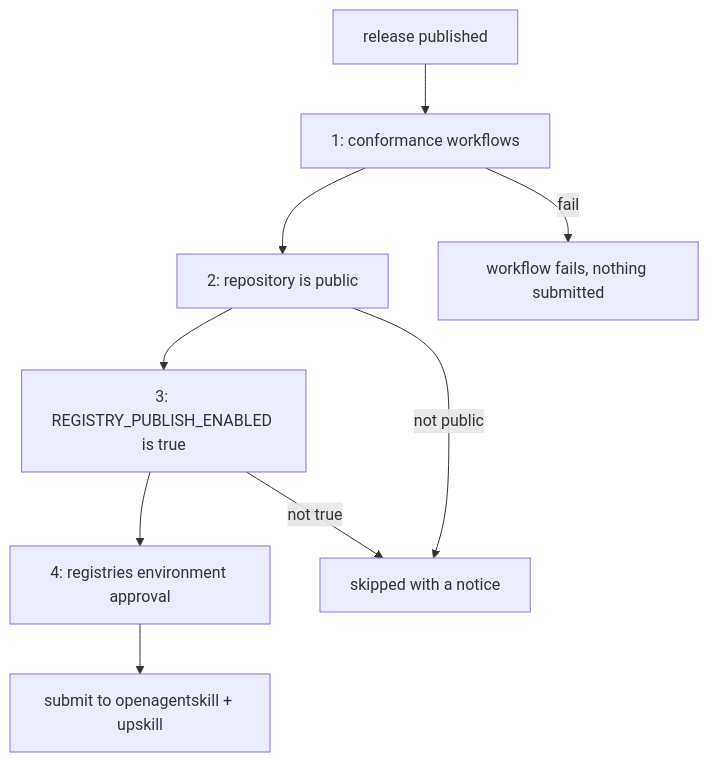
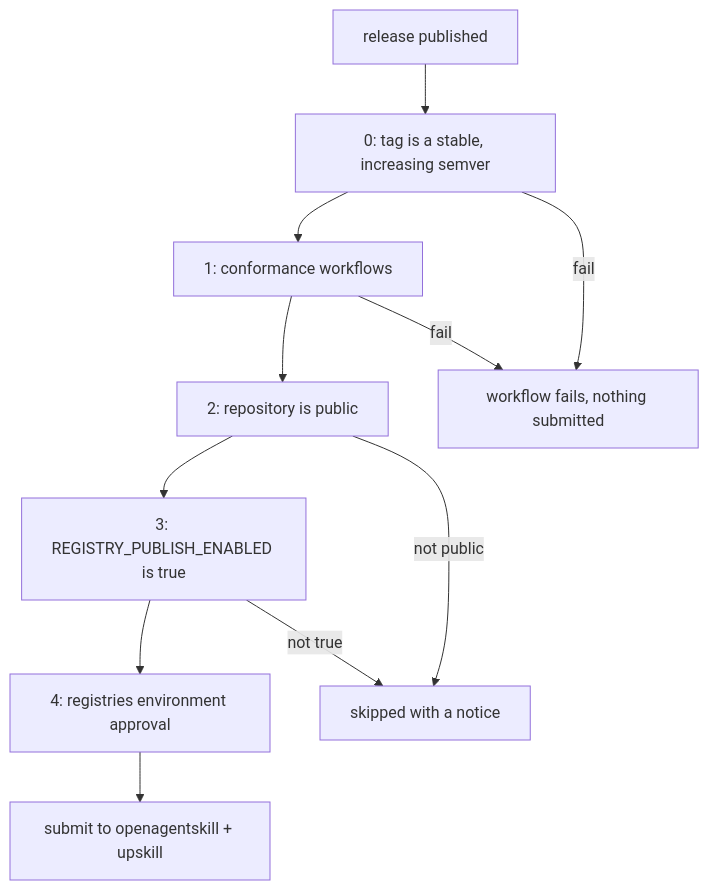
The diagram in docs/PUBLISHING.md (aerospike/agent-skills), drawn with Mermaid before and after one commit. The commit also changed other lines of this file and 5 other files, not shown here.

````diff
--- a/docs/PUBLISHING.md
+++ b/docs/PUBLISHING.md
@@ -17,11 +39,13 @@
 ```mermaid
 flowchart TD
-    Rel[release published] --> Conf[1: conformance workflows]
+    Rel[release published] --> Ver[0: tag is a stable, increasing semver]
+    Ver --> Conf[1: conformance workflows]
     Conf --> Vis[2: repository is public]
     Vis --> Flag[3: REGISTRY_PUBLISH_ENABLED is true]
     Flag --> Env[4: registries environment approval]
     Env --> Submit[submit to openagentskill + upskill]
-    Conf -->|fail| Fail[workflow fails, nothing submitted]
+    Ver -->|fail| Fail[workflow fails, nothing submitted]
+    Conf -->|fail| Fail
     Vis -->|not public| Skip[skipped with a notice]
     Flag -->|not true| Skip
 ```
````
